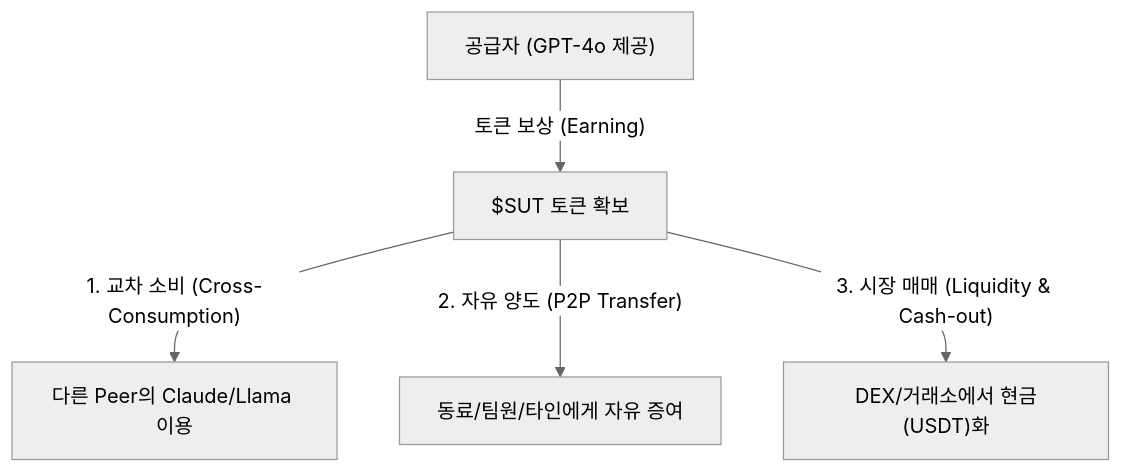
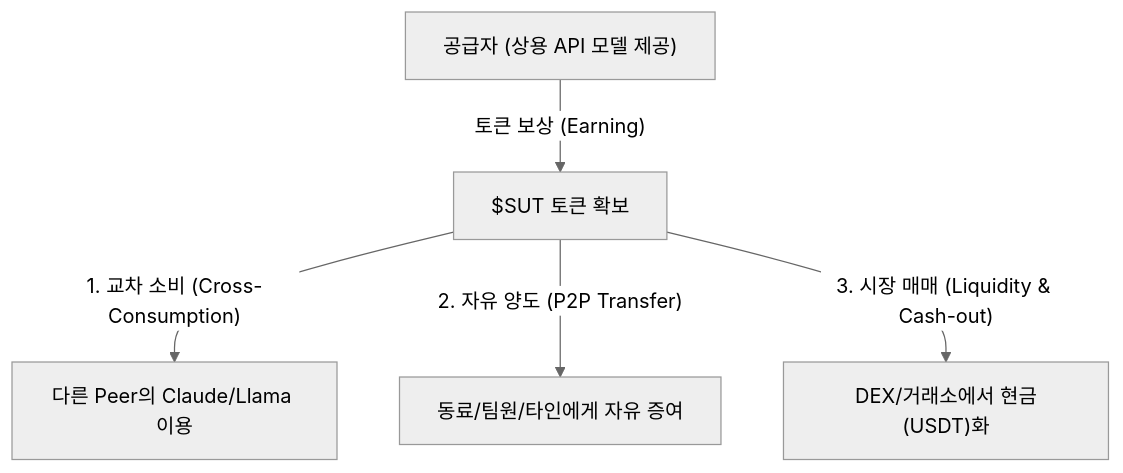
The third of 3 diagrams in docs/system-overview.md (tanminkwan/share-ur-tokens), drawn with Mermaid (neutral theme) before and after one commit. The commit also changed other lines of this file and 7 other files, not shown here.

````diff
--- a/docs/system-overview.md
+++ b/docs/system-overview.md
@@ -191,8 +203,8 @@
 ```mermaid
 flowchart TD
-    Provider["공급자 (GPT-4o 제공)"] -->|"토큰 보상 (Earning)"| SUT["$SUT 토큰 확보"]
+    Provider["공급자 (상용 API 모델 제공)"] -->|"토큰 보상 (Earning)"| SUT["$SUT 토큰 확보"]
     
     SUT -->|"1. 교차 소비 (Cross-Consumption)"| Consumer["다른 Peer의 Claude/Llama 이용"]
     SUT -->|"2. 자유 양도 (P2P Transfer)"| PeerB["동료/팀원/타인에게 자유 증여"]
     SUT -->|"3. 시장 매매 (Liquidity & Cash-out)"| DEX["DEX/거래소에서 현금(USDT)화"]
 ```
````
